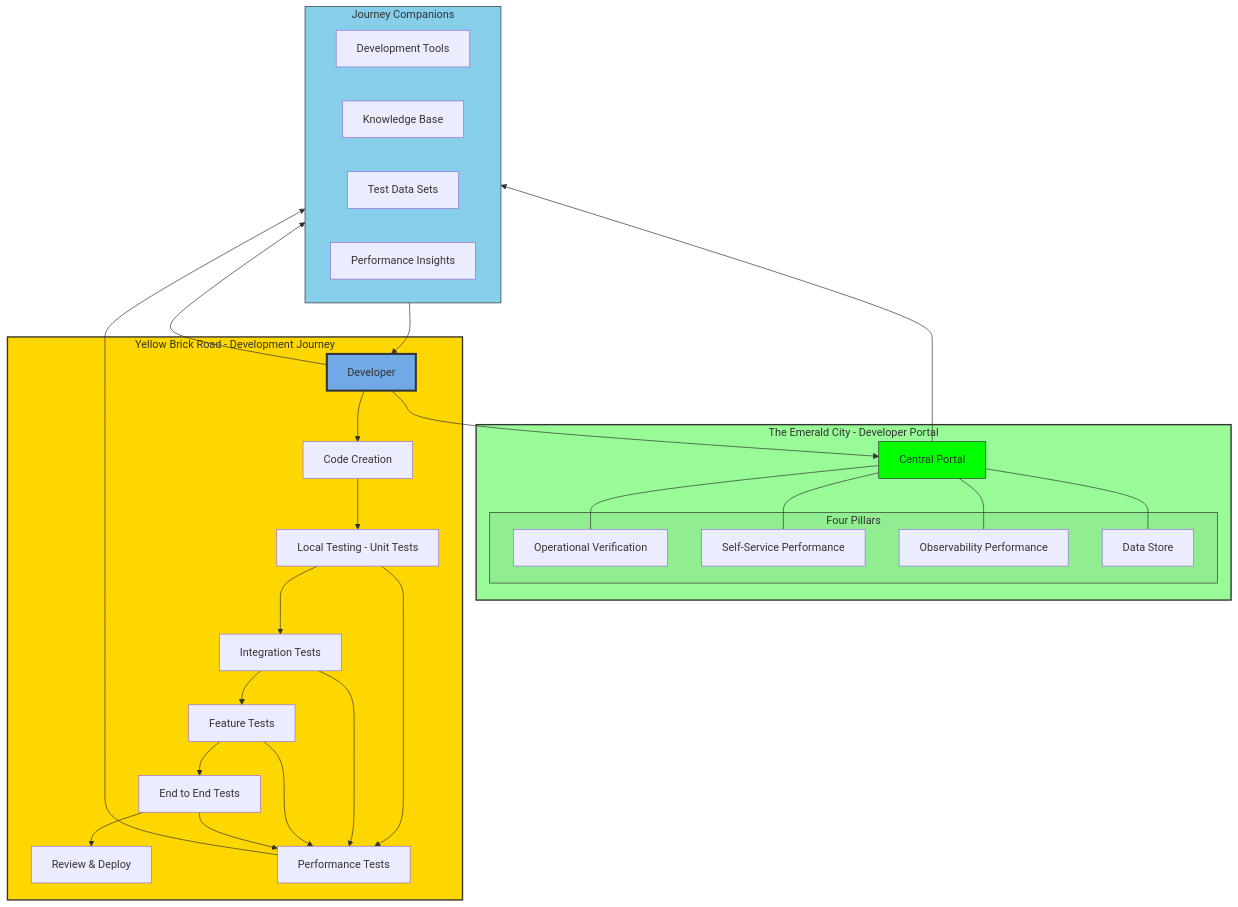
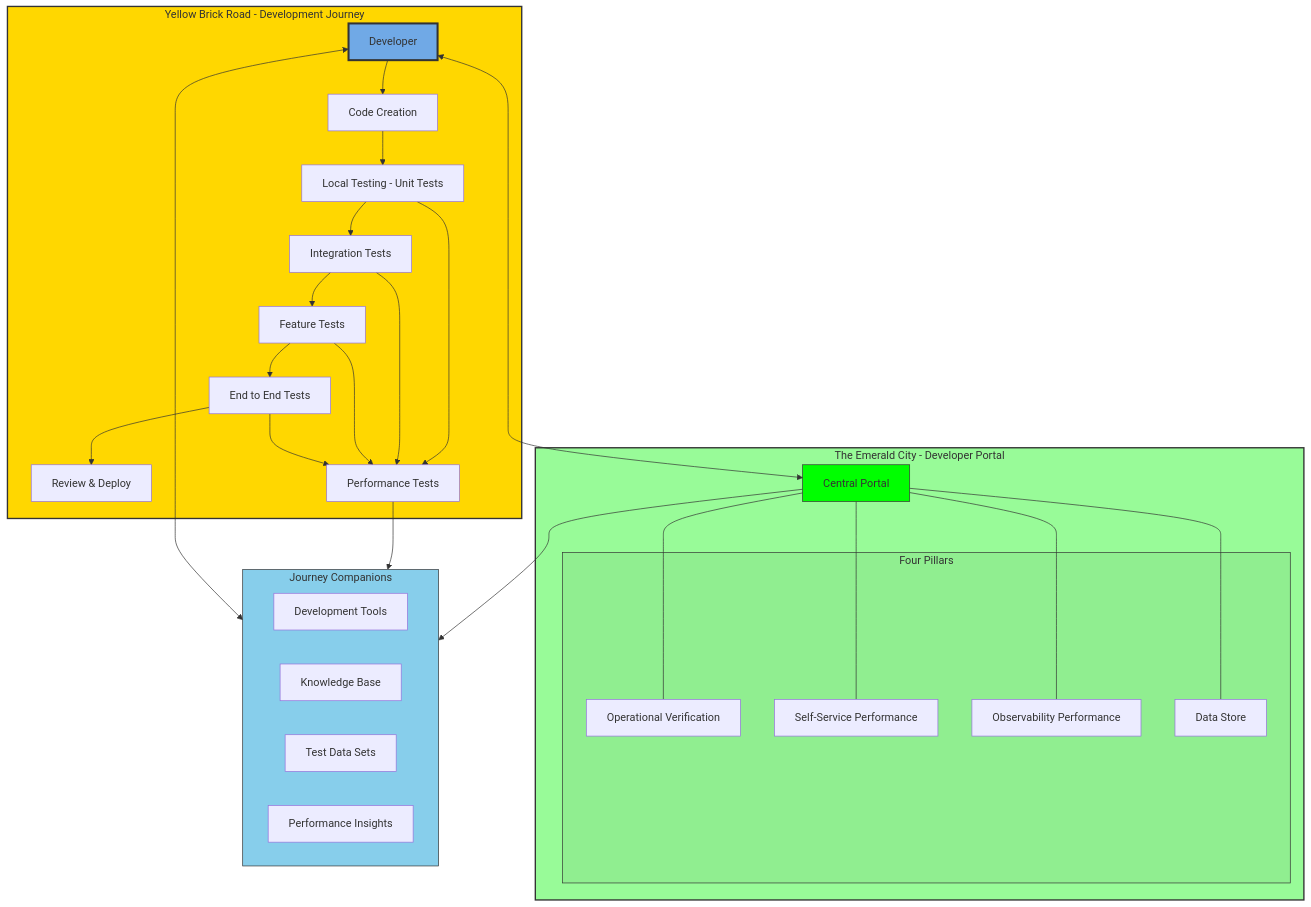
Before and after one commit to zalyoung/gitlab-handbook: the first of 4 diagrams in content/handbook/engineering/infrastructure-platforms/developer-experience/performance-enablement/_index.md, drawn with Mermaid.

Commit message:
Simplifying diagram lines

````diff
--- a/content/handbook/engineering/infrastructure-platforms/developer-experience/performance-enablement/_index.md
+++ b/content/handbook/engineering/infrastructure-platforms/developer-experience/performance-enablement/_index.md
@@ -19,49 +19,48 @@
 ```mermaid
 flowchart TD
     subgraph EC[The Emerald City - Developer Portal]
         Portal[Central Portal]
         subgraph Buildings[Four Pillars]
             DV[Operational Verification]
             SF[Self-Service Performance]
             OB[Observability Performance]
             DS[Data Store]
         end
         Portal --- DV
         Portal --- SF
         Portal --- OB
         Portal --- DS
     end
 
     subgraph YBR[Yellow Brick Road - Development Journey]
         Dev[Developer] --> Code[Code Creation]
         Code --> Unit[Local Testing - Unit Tests]
         Unit --> Integration[Integration Tests]
         Integration --> Feature[Feature Tests]
         Feature --> E2E[End to End Tests]
         E2E --> Review[Review & Deploy]
         Unit --> Perf[Performance Tests]
         Integration --> Perf
         Feature --> Perf
         E2E --> Perf
     end
 
     subgraph Guide[Journey Companions]
         Tools[Development Tools]
         Docs[Knowledge Base]
         Data[Test Data Sets]
         Insights[Performance Insights]
     end
 
     Perf --> Guide
-    Dev --> Portal
-    Dev --> Guide
+    Dev <--> Portal
+    Dev <--> Guide
     Portal --> Guide
-    Guide --> Dev
-
+    
     style EC fill:#98FB98,stroke:#333,stroke-width:2px
     style YBR fill:#FFD700,stroke:#333,stroke-width:2px
     style Guide fill:#87CEEB,stroke:#333
     style Portal fill:#00FF00,stroke:#333
     style Dev fill:#70a9e6,stroke:#333,stroke-width:3px
     style Buildings fill:#90EE90,stroke:#333
 ```
````
